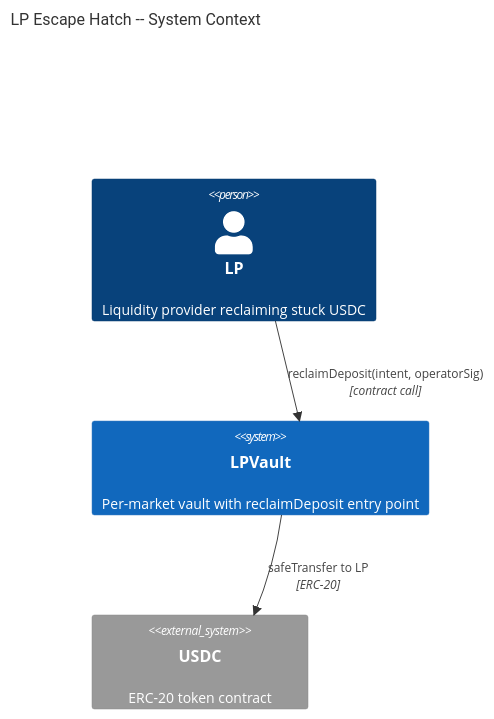
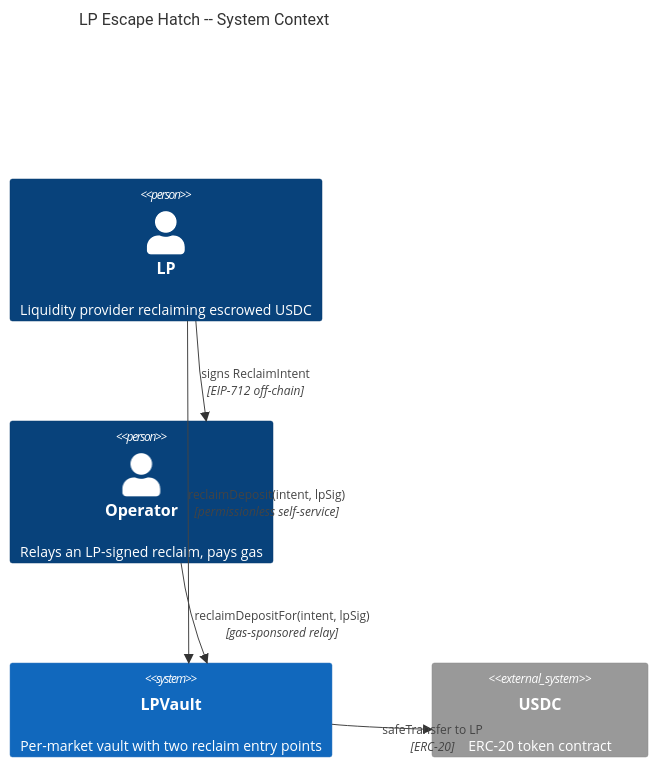
One commit to ProphetMarket/lp-vaults changed the first of 3 diagrams in specs/features/contracts/FEAT-JAIJ-lp-escape-hatch/ARCHITECTURE.md. Above: the diagram before and after it, drawn with Mermaid. The commit also changed other lines of this file and 18 other files, not shown here.

````diff
--- a/specs/features/contracts/FEAT-JAIJ-lp-escape-hatch/ARCHITECTURE.md
+++ b/specs/features/contracts/FEAT-JAIJ-lp-escape-hatch/ARCHITECTURE.md
@@ -14,9 +13,12 @@
 ```mermaid
 C4Context
     title LP Escape Hatch -- System Context
-    Person(lp, "LP", "Liquidity provider reclaiming stuck USDC")
-    System(vault, "LPVault", "Per-market vault with reclaimDeposit entry point")
+    Person(lp, "LP", "Liquidity provider reclaiming escrowed USDC")
+    Person(operator, "Operator", "Relays an LP-signed reclaim, pays gas")
+    System(vault, "LPVault", "Per-market vault with two reclaim entry points")
     System_Ext(usdc, "USDC", "ERC-20 token contract")
-    Rel(lp, vault, "reclaimDeposit(intent, operatorSig)", "contract call")
+    Rel(lp, vault, "reclaimDeposit(intent, lpSig)", "permissionless self-service")
+    Rel(lp, operator, "signs ReclaimIntent", "EIP-712 off-chain")
+    Rel(operator, vault, "reclaimDepositFor(intent, lpSig)", "gas-sponsored relay")
     Rel(vault, usdc, "safeTransfer to LP", "ERC-20")
 ```
````
